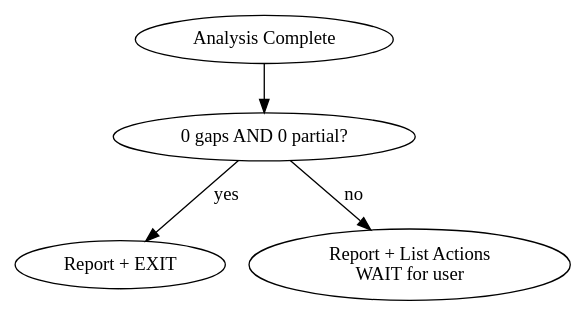
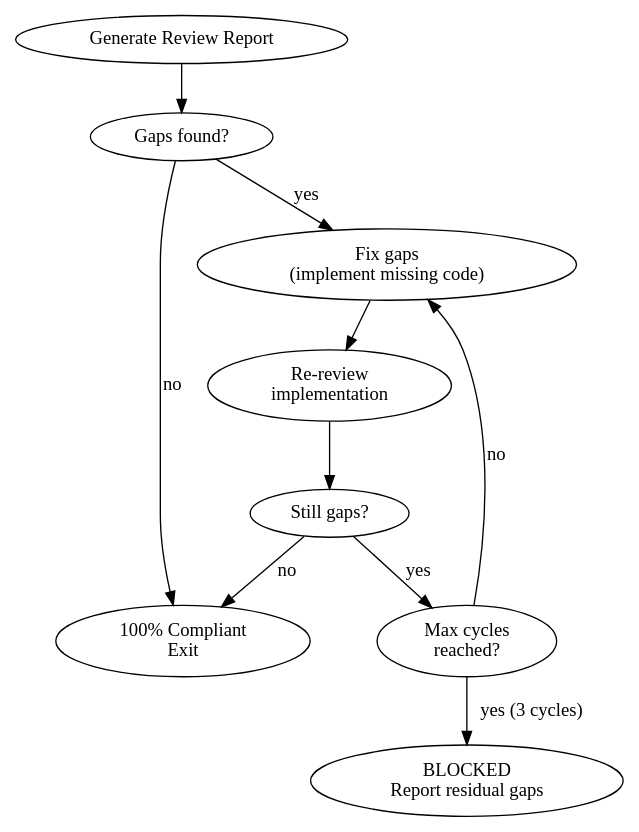
One commit to brunosps/dev-workflow changed the diagram in scaffold/en/commands/dw-review-implementation.md. Above: the diagram before and after it, drawn with Graphviz. The commit also changed other lines of this file and 5 other files, not shown here.

````diff
--- a/scaffold/en/commands/dw-review-implementation.md
+++ b/scaffold/en/commands/dw-review-implementation.md
@@ -199,7 +184,14 @@
 ```dot
-digraph compliance {
-  "Analysis Complete" -> "0 gaps AND 0 partial?";
-  "0 gaps AND 0 partial?" -> "Report + EXIT" [label="yes"];
-  "0 gaps AND 0 partial?" -> "Report + List Actions\nWAIT for user" [label="no"];
+digraph review_loop {
+  rankdir=TB;
+  "Generate Review Report" -> "Gaps found?";
+  "Gaps found?" -> "100% Compliant\nExit" [label="no"];
+  "Gaps found?" -> "Fix gaps\n(implement missing code)" [label="yes"];
+  "Fix gaps\n(implement missing code)" -> "Re-review\nimplementation";
+  "Re-review\nimplementation" -> "Still gaps?";
+  "Still gaps?" -> "100% Compliant\nExit" [label="no"];
+  "Still gaps?" -> "Max cycles\nreached?" [label="yes"];
+  "Max cycles\nreached?" -> "Fix gaps\n(implement missing code)" [label="no"];
+  "Max cycles\nreached?" -> "BLOCKED\nReport residual gaps" [label="yes (3 cycles)"];
 }
 ```
````
